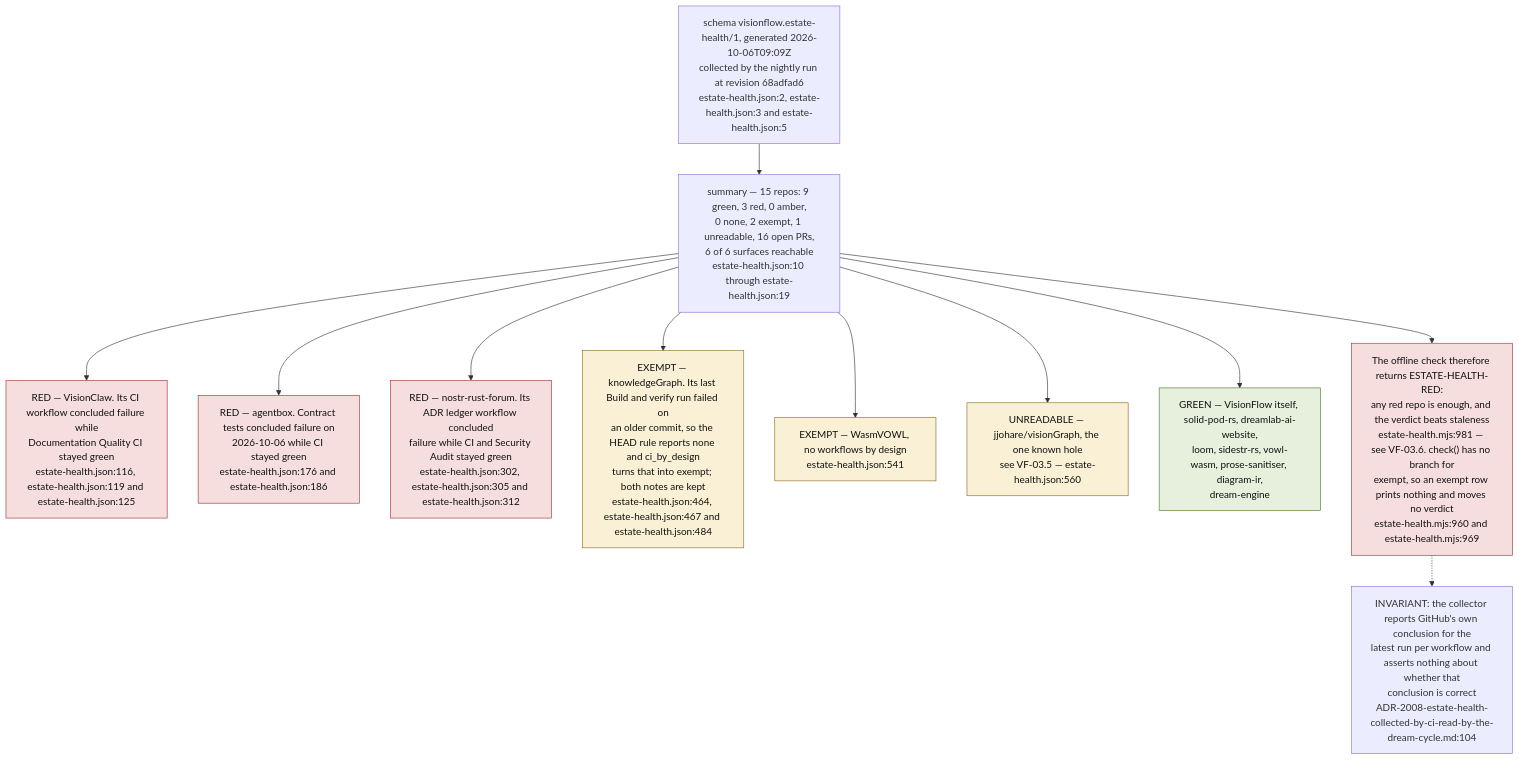
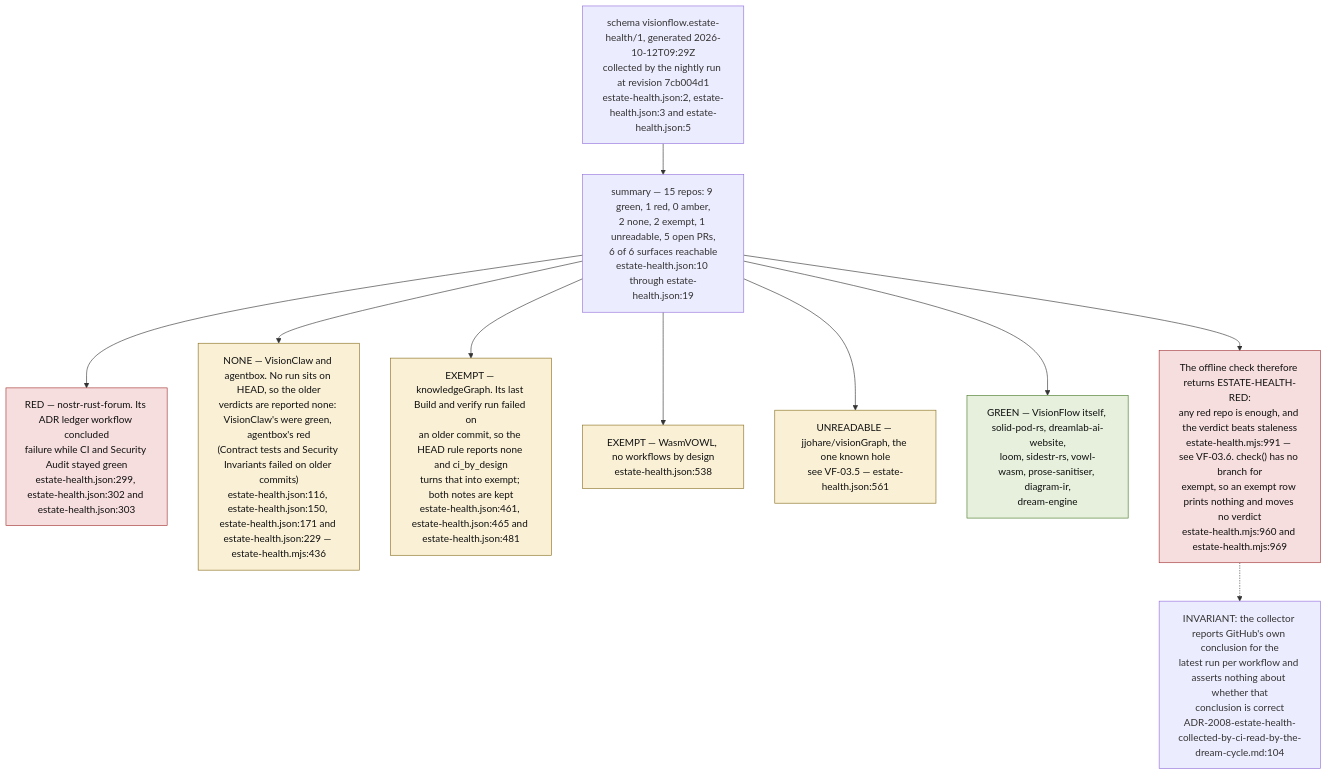
One commit to DreamLab-AI/VisionFlow changed the ninth of 9 diagrams in docs/diagrams/visionflow/03-estate-health.md. Above: the diagram before and after it, drawn with Mermaid. The commit also changed other lines of this file and 80 other files, not shown here.

First line of the commit message:
docs(diagrams): re-verify the agentbox, dreamlab, estate and visionflow corpus against current sources

````diff
--- a/docs/diagrams/visionflow/03-estate-health.md
+++ b/docs/diagrams/visionflow/03-estate-health.md
@@ -273,24 +275,23 @@
 ```mermaid
 flowchart TB
     classDef red fill:#f7dede,stroke:#a33333,color:#111
     classDef green fill:#e6f0dc,stroke:#4a7a2a,color:#111
     classDef amb fill:#f9f0d5,stroke:#8a7020,color:#111
 
-    SNAP["schema visionflow.estate-health/1, generated 2026-10-06T09:09Z<br/>collected by the nightly run at revision 68adfad6<br/>estate-health.json:2, estate-health.json:3 and estate-health.json:5"]
+    SNAP["schema visionflow.estate-health/1, generated 2026-10-12T09:29Z<br/>collected by the nightly run at revision 7cb004d1<br/>estate-health.json:2, estate-health.json:3 and estate-health.json:5"]
 
-    SNAP --> SUM["summary — 15 repos: 9 green, 3 red, 0 amber,<br/>0 none, 2 exempt, 1 unreadable, 16 open PRs,<br/>6 of 6 surfaces reachable<br/>estate-health.json:10 through estate-health.json:19"]
+    SNAP --> SUM["summary — 15 repos: 9 green, 1 red, 0 amber,<br/>2 none, 2 exempt, 1 unreadable, 5 open PRs,<br/>6 of 6 surfaces reachable<br/>estate-health.json:10 through estate-health.json:19"]
 
-    SUM --> R1["RED — VisionClaw. Its CI workflow concluded failure while<br/>Documentation Quality CI stayed green<br/>estate-health.json:116, estate-health.json:119 and estate-health.json:125"]:::red
-    SUM --> R2["RED — agentbox. Contract tests concluded failure on<br/>2026-10-06 while CI stayed green<br/>estate-health.json:176 and estate-health.json:186"]:::red
-    SUM --> R3["RED — nostr-rust-forum. Its ADR ledger workflow concluded<br/>failure while CI and Security Audit stayed green<br/>estate-health.json:302, estate-health.json:305 and estate-health.json:312"]:::red
-    SUM --> E1["EXEMPT — knowledgeGraph. Its last Build and verify run failed on<br/>an older commit, so the HEAD rule reports none and ci_by_design<br/>turns that into exempt; both notes are kept<br/>estate-health.json:464, estate-health.json:467 and estate-health.json:484"]:::amb
-    SUM --> E2["EXEMPT — WasmVOWL, no workflows by design<br/>estate-health.json:541"]:::amb
-    SUM --> U1["UNREADABLE — jjohare/visionGraph, the one known hole<br/>see VF-03.5 — estate-health.json:560"]:::amb
+    SUM --> R3["RED — nostr-rust-forum. Its ADR ledger workflow concluded<br/>failure while CI and Security Audit stayed green<br/>estate-health.json:299, estate-health.json:302 and estate-health.json:303"]:::red
+    SUM --> N1["NONE — VisionClaw and agentbox. No run sits on HEAD, so the older<br/>verdicts are reported none: VisionClaw's were green, agentbox's red<br/>(Contract tests and Security Invariants failed on older commits)<br/>estate-health.json:116, estate-health.json:150, estate-health.json:171 and estate-health.json:229 — estate-health.mjs:436"]:::amb
+    SUM --> E1["EXEMPT — knowledgeGraph. Its last Build and verify run failed on<br/>an older commit, so the HEAD rule reports none and ci_by_design<br/>turns that into exempt; both notes are kept<br/>estate-health.json:461, estate-health.json:465 and estate-health.json:481"]:::amb
+    SUM --> E2["EXEMPT — WasmVOWL, no workflows by design<br/>estate-health.json:538"]:::amb
+    SUM --> U1["UNREADABLE — jjohare/visionGraph, the one known hole<br/>see VF-03.5 — estate-health.json:561"]:::amb
     SUM --> G1["GREEN — VisionFlow itself, solid-pod-rs, dreamlab-ai-website,<br/>loom, sidestr-rs, vowl-wasm, prose-sanitiser, diagram-ir,<br/>dream-engine"]:::green
 
-    VERD["The offline check therefore returns ESTATE-HEALTH-RED:<br/>any red repo is enough, and the verdict beats staleness<br/>estate-health.mjs:981 — see VF-03.6. check() has no branch for<br/>exempt, so an exempt row prints nothing and moves no verdict<br/>estate-health.mjs:960 and estate-health.mjs:969"]:::red
+    VERD["The offline check therefore returns ESTATE-HEALTH-RED:<br/>any red repo is enough, and the verdict beats staleness<br/>estate-health.mjs:991 — see VF-03.6. check() has no branch for<br/>exempt, so an exempt row prints nothing and moves no verdict<br/>estate-health.mjs:960 and estate-health.mjs:969"]:::red
     SUM --> VERD
 
     INV["INVARIANT: the collector reports GitHub's own conclusion for the<br/>latest run per workflow and asserts nothing about whether that<br/>conclusion is correct<br/>ADR-2008-estate-health-collected-by-ci-read-by-the-dream-cycle.md:104"]
     VERD -.-> INV
 ```
````
